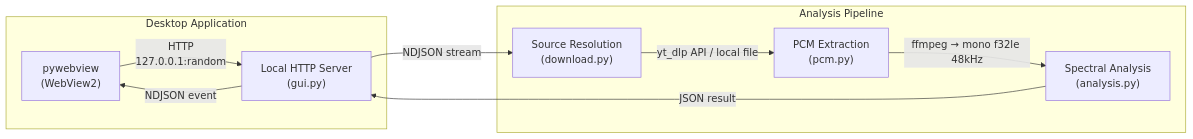
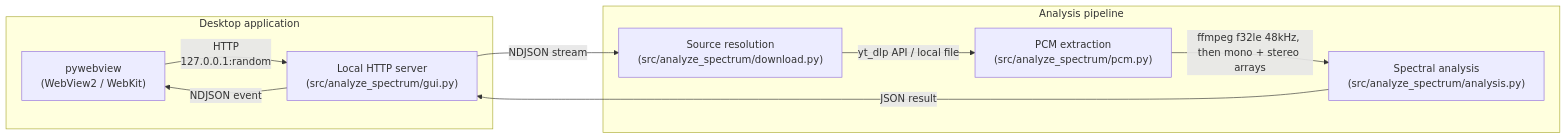
The first of 18 diagrams in docs/architecture.md (semnil/analyze-spectrum), drawn with Mermaid before and after one commit. The commit also changed other lines of this file and 7 other files, not shown here.

````diff
--- a/docs/architecture.md
+++ b/docs/architecture.md
@@ -13,20 +15,20 @@
 ```mermaid
 graph LR
-    subgraph Desktop Application
-        A["pywebview<br>(WebView2)"]
-        B["Local HTTP Server<br>(gui.py)"]
+    subgraph Desktop application
+        A["pywebview<br>(WebView2 / WebKit)"]
+        B["Local HTTP server<br>(src/analyze_spectrum/gui.py)"]
     end
 
-    subgraph Analysis Pipeline
-        C["Source Resolution<br>(download.py)"]
-        D["PCM Extraction<br>(pcm.py)"]
-        E["Spectral Analysis<br>(analysis.py)"]
+    subgraph Analysis pipeline
+        C["Source resolution<br>(src/analyze_spectrum/download.py)"]
+        D["PCM extraction<br>(src/analyze_spectrum/pcm.py)"]
+        E["Spectral analysis<br>(src/analyze_spectrum/analysis.py)"]
     end
 
     A -->|"HTTP<br>127.0.0.1:random"| B
     B -->|"NDJSON stream"| C
     C -->|"yt_dlp API / local file"| D
-    D -->|"ffmpeg → mono f32le 48kHz"| E
+    D -->|"ffmpeg f32le 48kHz, then mono + stereo arrays"| E
     E -->|"JSON result"| B
     B -->|"NDJSON event"| A
 ```
````
